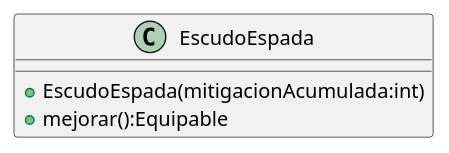
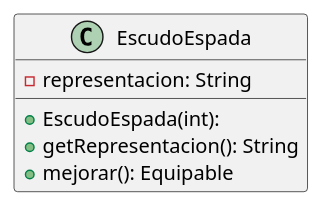
One commit to mcumskov/Algo3_tp2 changed the diagram in diagrams/clases/equipamiento/clase_escudoEspada.plantuml. Above: the diagram before and after it, drawn with PlantUML. The commit also changed 19 other files, not shown here.

Commit message:
actualizo diagramas

```diff
--- a/diagrams/clases/equipamiento/clase_escudoEspada.plantuml
+++ b/diagrams/clases/equipamiento/clase_escudoEspada.plantuml
@@ -1,6 +1,11 @@
 @startuml
+skinparam linetype ortho
+
 class EscudoEspada {
-    + EscudoEspada(mitigacionAcumulada:int)
-    + mejorar():Equipable
+  + EscudoEspada(int):
+  - representacion: String
+  + getRepresentacion(): String
+  + mejorar(): Equipable
 }
+
 @enduml
```
